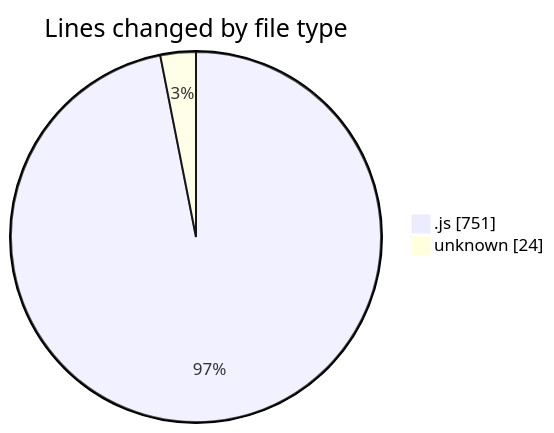
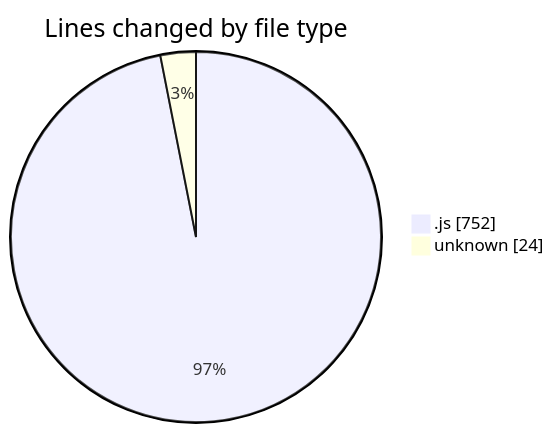
One commit to momahboobian/code-tracking changed the first of 2 diagrams in 2025-02-03/cda/README.md. Above: the diagram before and after it, drawn with Mermaid. The commit also changed other lines of this file and 1 other file, not shown here.

````diff
--- a/2025-02-03/cda/README.md
+++ b/2025-02-03/cda/README.md
@@ -24,6 +24,6 @@
 ```mermaid
 pie showData
 title Lines changed by file type
-".js" : 751
+".js" : 752
 "unknown" : 24
 ```
````
